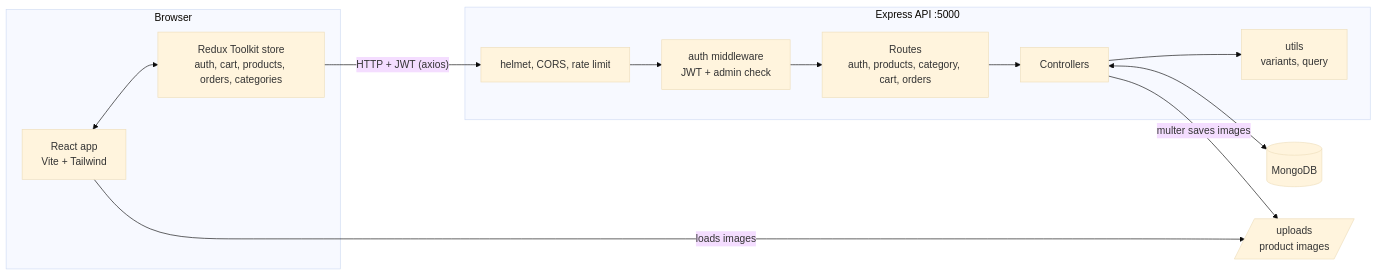
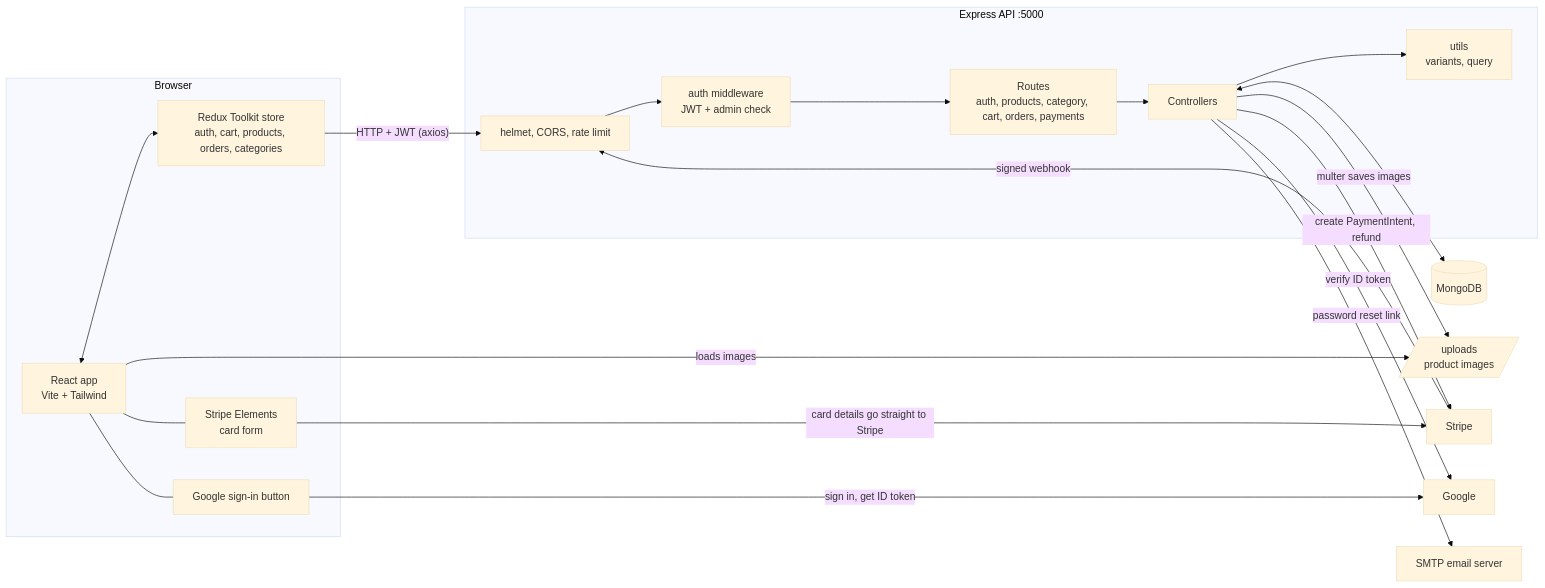
Before and after one commit to bilawal-tech/bazaaro: the first of 8 diagrams in README.md, drawn with Mermaid (base theme). The commit also changed other lines of this file and 24 other files, not shown here.

````diff
--- a/README.md
+++ b/README.md
@@ -64,25 +82,38 @@
 ```mermaid
 flowchart LR
     subgraph Browser
         UI[React app<br/>Vite + Tailwind]
         Store[Redux Toolkit store<br/>auth, cart, products, orders, categories]
         UI <--> Store
+        Pay[Stripe Elements<br/>card form]
+        UI --- Pay
+        GBtn[Google sign-in button]
+        UI --- GBtn
     end
 
     subgraph Server[Express API :5000]
         MW[helmet, CORS, rate limit]
         Auth[auth middleware<br/>JWT + admin check]
-        Routes[Routes<br/>auth, products, category, cart, orders]
+        Routes[Routes<br/>auth, products, category, cart, orders, payments]
         Ctrl[Controllers]
         Util[utils<br/>variants, query]
         MW --> Auth --> Routes --> Ctrl --> Util
     end
 
     DB[(MongoDB)]
     Files[/uploads<br/>product images/]
+    Stripe[Stripe]
+    Google[Google]
+    Mail[SMTP email server]
 
     Store -- "HTTP + JWT (axios)" --> MW
     Ctrl <--> DB
     Ctrl -- "multer saves images" --> Files
     UI -- "loads images" --> Files
+    Pay -- "card details go straight to Stripe" --> Stripe
+    Ctrl -- "create PaymentIntent, refund" --> Stripe
+    Stripe -- "signed webhook" --> MW
+    GBtn -- "sign in, get ID token" --> Google
+    Ctrl -- "verify ID token" --> Google
+    Ctrl -- "password reset link" --> Mail
 ```
````
